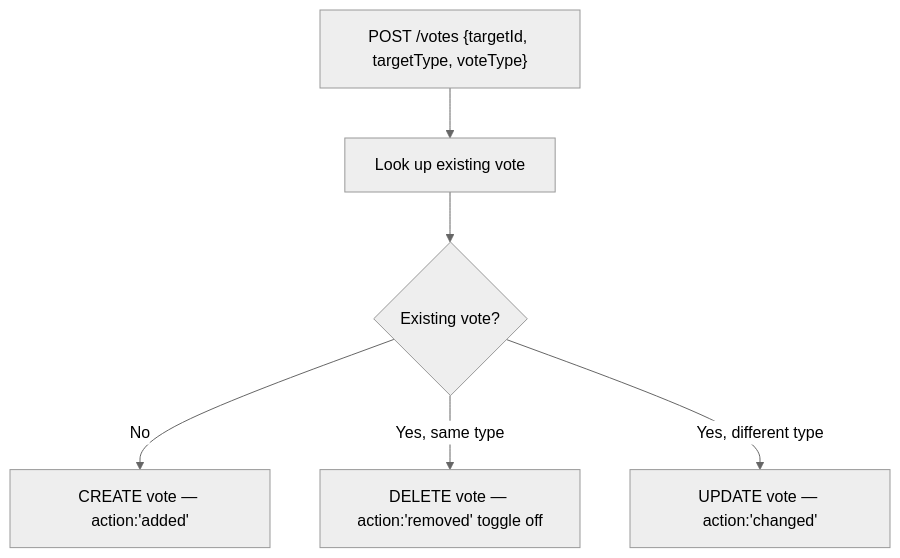
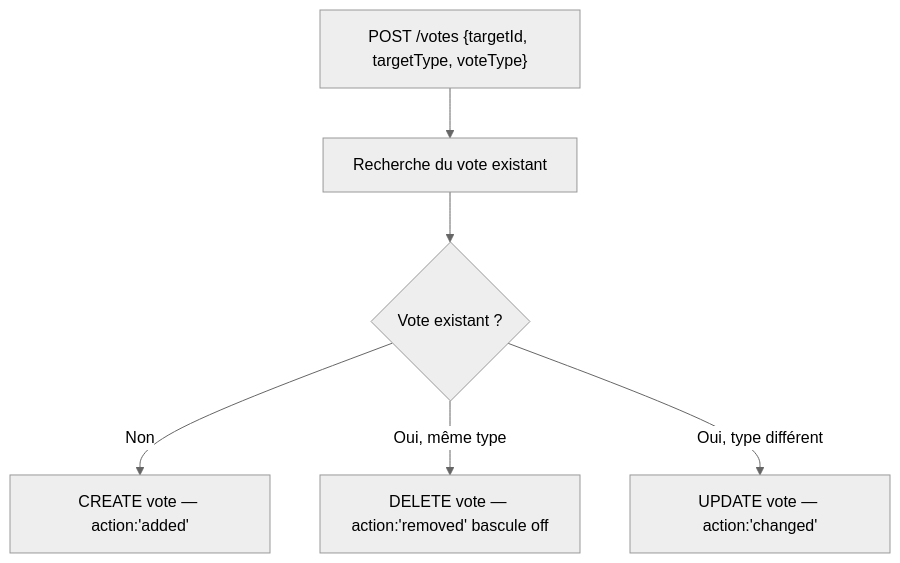
Before and after one commit to creibaud/QuartierConnect: diagram 12 of 21 in docs/ARCHITECTURE.md, drawn with Mermaid (neutral theme). The commit also changed other lines of this file and 27 other files, not shown here.

````diff
--- a/docs/ARCHITECTURE.md
+++ b/docs/ARCHITECTURE.md
@@ -476,8 +517,8 @@
 ```mermaid
 flowchart TD
-    A["POST /votes {targetId, targetType, voteType}"] --> B[Look up existing vote]
-    B --> C{Existing vote?}
-    C -->|No| D["CREATE vote — action:'added'"]
-    C -->|Yes, same type| E["DELETE vote — action:'removed' toggle off"]
-    C -->|Yes, different type| F["UPDATE vote — action:'changed'"]
+    A["POST /votes {targetId, targetType, voteType}"] --> B[Recherche du vote existant]
+    B --> C{Vote existant ?}
+    C -->|Non| D["CREATE vote — action:'added'"]
+    C -->|Oui, même type| E["DELETE vote — action:'removed' bascule off"]
+    C -->|Oui, type différent| F["UPDATE vote — action:'changed'"]
 ```
````
